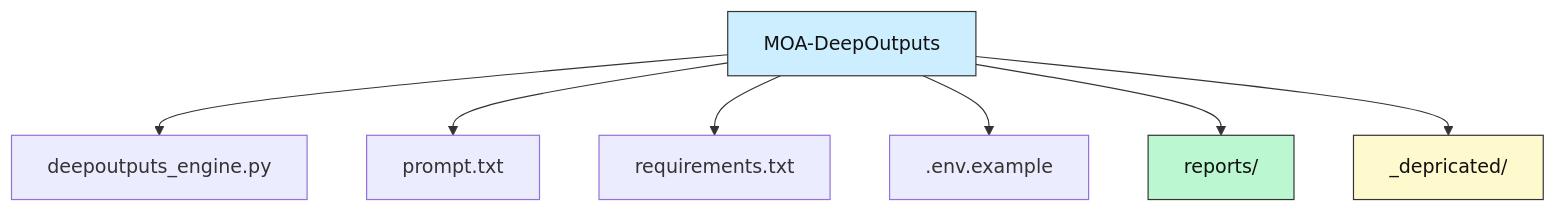
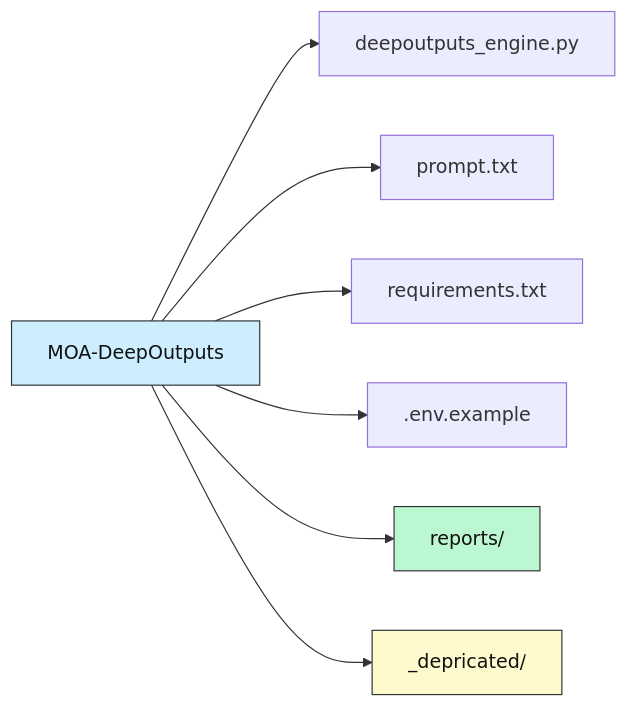
The second of 3 diagrams in README.md (Mindrocket42/MOA-DeepOutputs), drawn with Mermaid before and after one commit.

````diff
--- a/README.md
+++ b/README.md
@@ -87,12 +87,12 @@
 ```mermaid
-flowchart TD
+flowchart LR
     root["MOA-DeepOutputs"] --> E1["deepoutputs_engine.py"]
     root --> E2["prompt.txt"]
     root --> E3["requirements.txt"]
     root --> E4[".env.example"]
     root --> reports["reports/"]
     root --> depr["_depricated/"]
     style root fill:#cceeff,stroke:#333333,color:#111111
     style reports fill:#bbf7d0,stroke:#333333,color:#111111
     style depr fill:#fffacd,stroke:#333333,color:#111111
 ```
````
